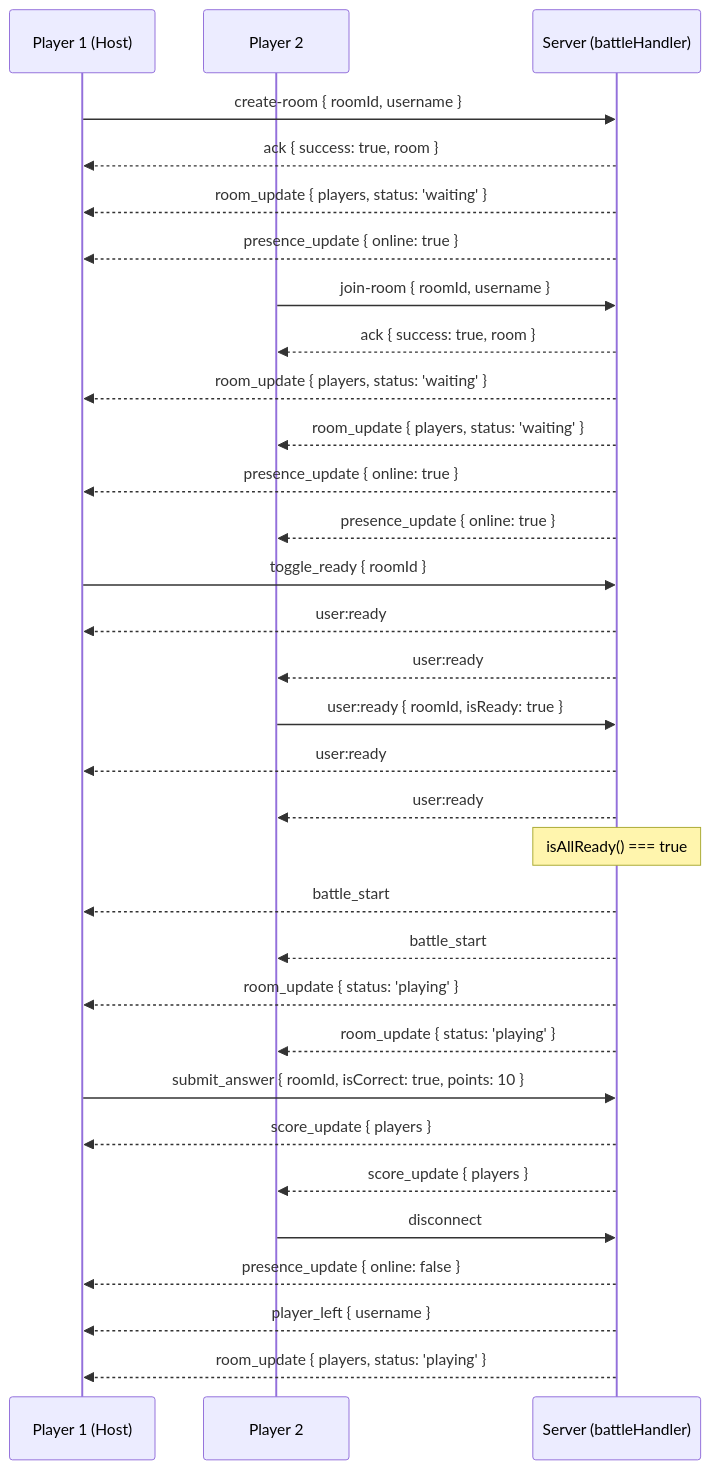
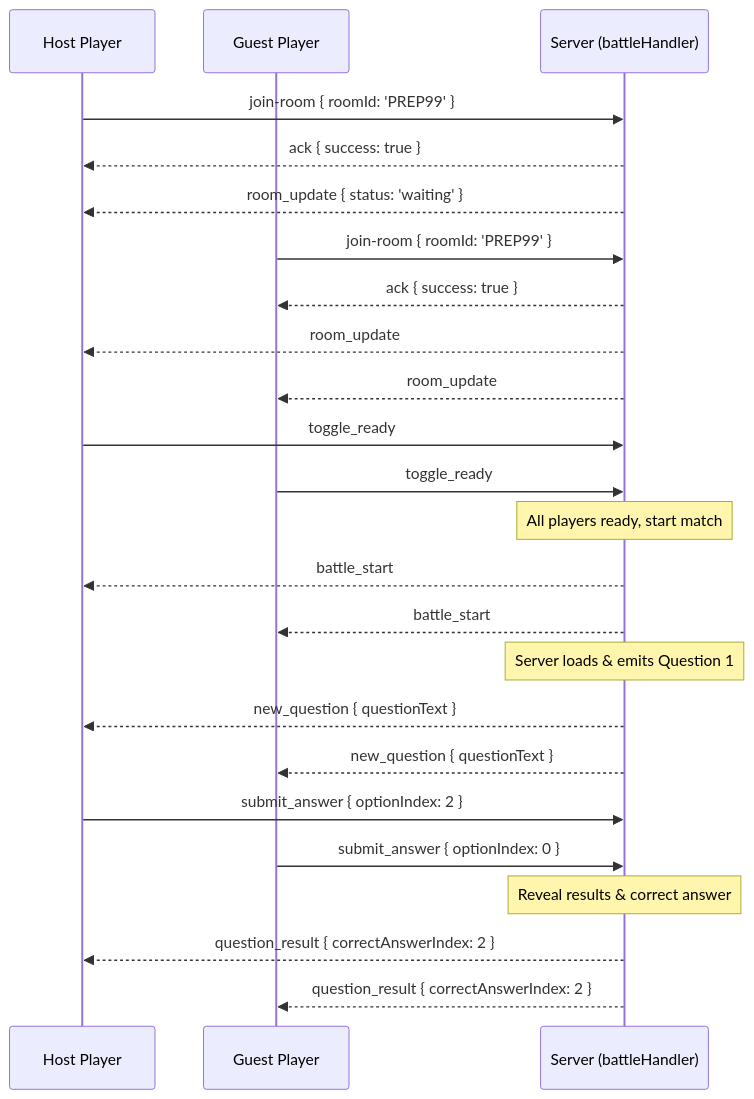
One commit to Aastha1326/OpenPrep-AI changed the diagram in docs/socket-events.md. Above: the diagram before and after it, drawn with Mermaid. The commit also changed other lines of this file and 12 other files, not shown here.

Commit message:
feat(battle): implement real-time multi-user quiz battles & study lobbies

````diff
--- a/docs/socket-events.md
+++ b/docs/socket-events.md
@@ -85,40 +86,33 @@
 ```mermaid
 sequenceDiagram
-    participant P1 as Player 1 (Host)
-    participant P2 as Player 2
+    participant Host as Host Player
+    participant Guest as Guest Player
     participant S as Server (battleHandler)
 
-    P1->>S: create-room { roomId, username }
-    S-->>P1: ack { success: true, room }
-    S-->>P1: room_update { players, status: 'waiting' }
-    S-->>P1: presence_update { online: true }
+    Host->>S: join-room { roomId: 'PREP99' }
+    S-->>Host: ack { success: true }
+    S-->>Host: room_update { status: 'waiting' }
 
-    P2->>S: join-room { roomId, username }
-    S-->>P2: ack { success: true, room }
-    S-->>P1: room_update { players, status: 'waiting' }
-    S-->>P2: room_update { players, status: 'waiting' }
-    S-->>P1: presence_update { online: true }
-    S-->>P2: presence_update { online: true }
+    Guest->>S: join-room { roomId: 'PREP99' }
+    S-->>Guest: ack { success: true }
+    S-->>Host: room_update
+    S-->>Guest: room_update
 
-    P1->>S: toggle_ready { roomId }
-    S-->>P1: user:ready
-    S-->>P2: user:ready
-    P2->>S: user:ready { roomId, isReady: true }
-    S-->>P1: user:ready
-    S-->>P2: user:ready
+    Host->>S: toggle_ready
+    Guest->>S: toggle_ready
 
-    Note over S: isAllReady() === true
-    S-->>P1: battle_start
-    S-->>P2: battle_start
-    S-->>P1: room_update { status: 'playing' }
-    S-->>P2: room_update { status: 'playing' }
+    Note over S: All players ready, start match
+    S-->>Host: battle_start
+    S-->>Guest: battle_start
 
-    P1->>S: submit_answer { roomId, isCorrect: true, points: 10 }
-    S-->>P1: score_update { players }
-    S-->>P2: score_update { players }
+    Note over S: Server loads & emits Question 1
+    S-->>Host: new_question { questionText }
+    S-->>Guest: new_question { questionText }
 
-    P2->>S: disconnect
-    S-->>P1: presence_update { online: false }
-    S-->>P1: player_left { username }
-    S-->>P1: room_update { players, status: 'playing' }
+    Host->>S: submit_answer { optionIndex: 2 }
+    Guest->>S: submit_answer { optionIndex: 0 }
+
+    Note over S: Reveal results & correct answer
+    S-->>Host: question_result { correctAnswerIndex: 2 }
+    S-->>Guest: question_result { correctAnswerIndex: 2 }
 ```
````
